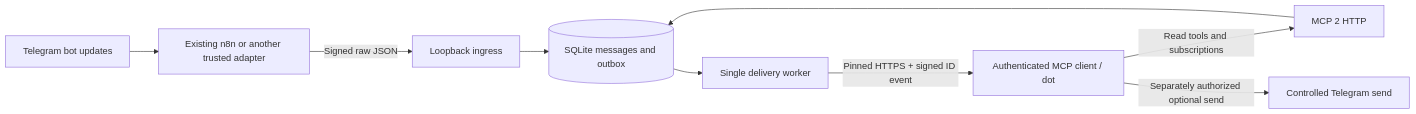
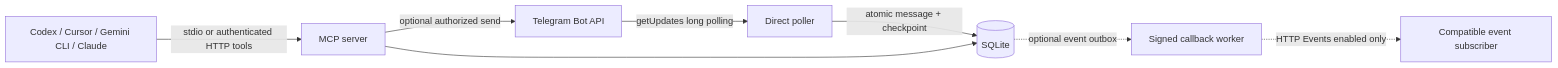
One commit to vladimirperepelytsia/tg2codexMCP changed the diagram in docs/architecture.md. Above: the diagram before and after it, drawn with Mermaid. The commit also changed other lines of this file and 33 other files, not shown here.

Commit message:
Make Telegram MCP standalone with direct polling and interoperable transports

````diff
--- a/docs/architecture.md
+++ b/docs/architecture.md
@@ -5,11 +3,10 @@
 ```mermaid
 flowchart LR
-  T[Telegram bot updates] --> A[Existing n8n or another trusted adapter]
-  A -->|Signed raw JSON| I[Loopback ingress]
-  I --> D[(SQLite messages and outbox)]
-  C[Authenticated MCP client / dot] -->|Read tools and subscriptions| M[MCP 2 HTTP]
+  T[Telegram Bot API] -->|getUpdates long polling| P[Direct poller]
+  P -->|atomic message + checkpoint| D[(SQLite)]
+  C[Codex / Cursor / Gemini CLI / Claude] -->|stdio or authenticated HTTP tools| M[MCP server]
   M --> D
-  D --> W[Single delivery worker]
-  W -->|Pinned HTTPS + signed ID event| C
-  C -->|Separately authorized optional send| S[Controlled Telegram send]
+  M -->|optional authorized send| T
+  D -. optional event outbox .-> E[Signed callback worker]
+  E -. HTTP Events enabled only .-> W[Compatible event subscriber]
 ```
````
